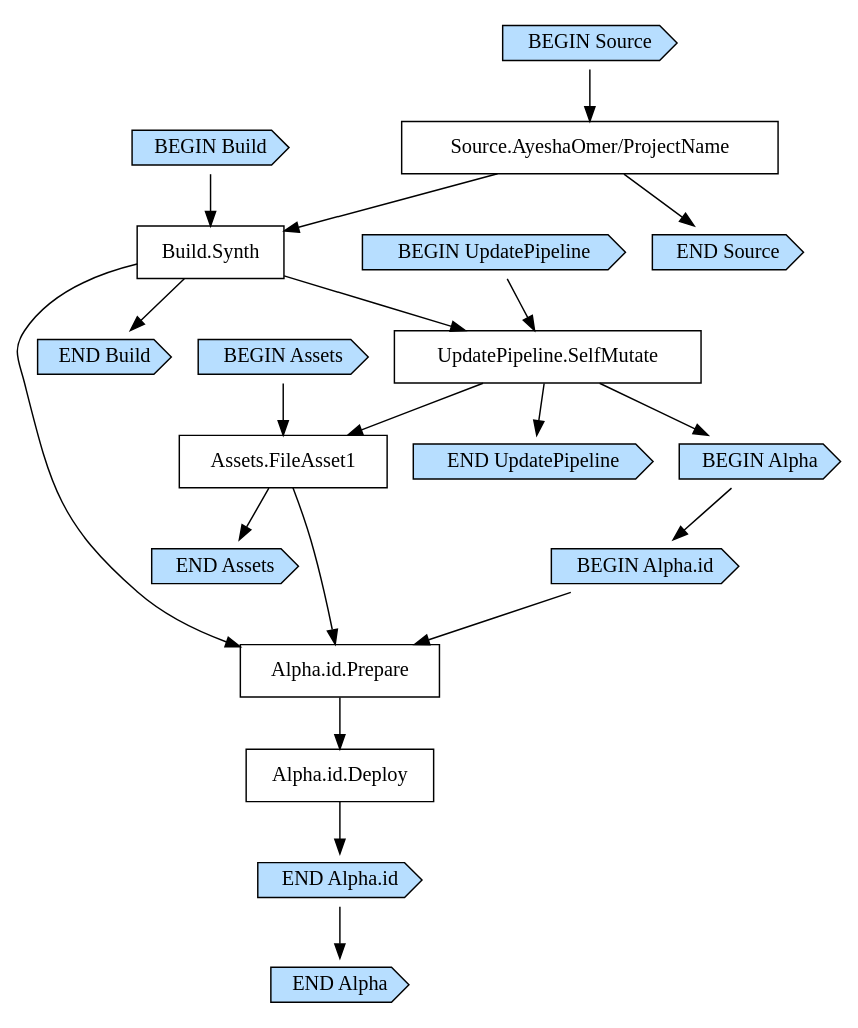
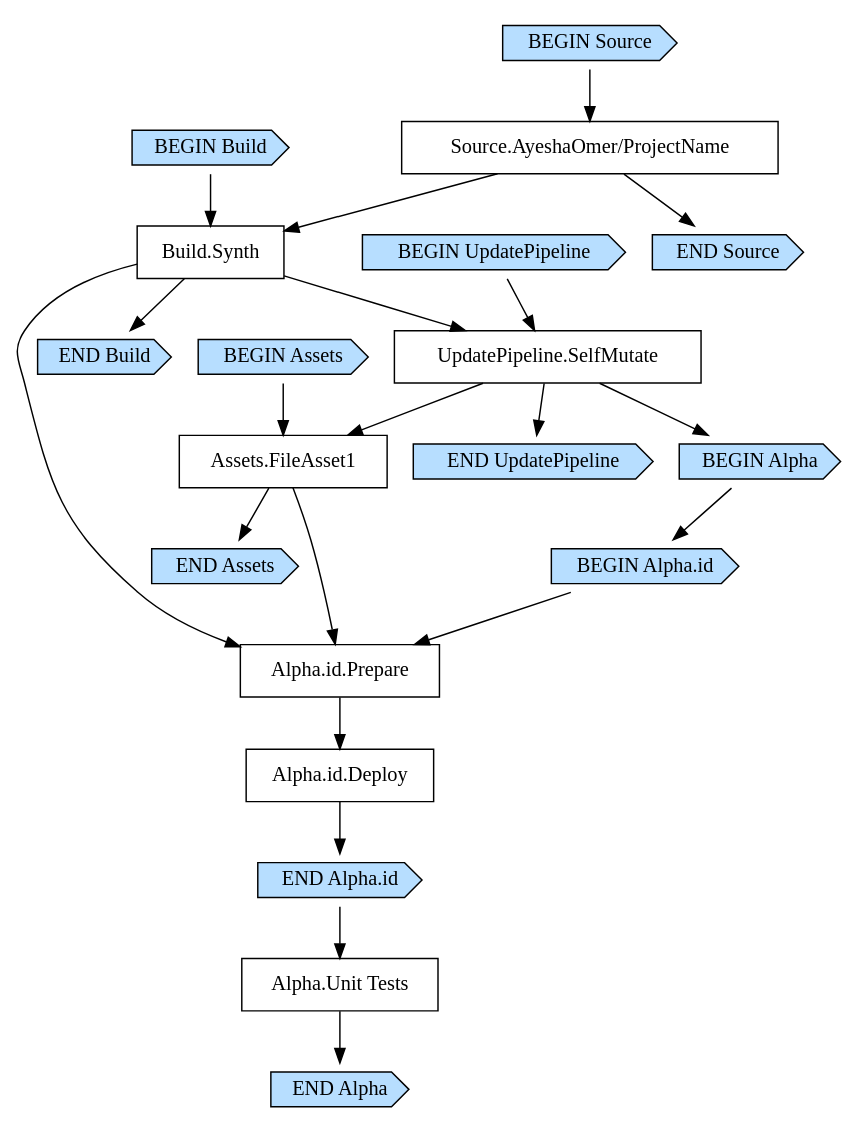
Before and after one commit to AyeshaOmer/ProjectName: the diagram in Ayesha/cdk.out/PipelineStackpipelineE8F65EF0.dot, drawn with Graphviz. The commit also changed 7 other files, not shown here.

Commit message:
finalizing unit tests

```diff
--- a/Ayesha/cdk.out/PipelineStackpipelineE8F65EF0.dot
+++ b/Ayesha/cdk.out/PipelineStackpipelineE8F65EF0.dot
@@ -1,44 +1,46 @@
 digraph G {
   # Arrows represent an "unlocks" relationship (opposite of dependency). So chosen
   # because the layout looks more natural that way.
   # To represent subgraph dependencies, subgraphs are represented by BEGIN/END nodes.
   # To render: `dot -Tsvg PipelineStackpipelineE8F65EF0.dot > graph.svg`, open in a browser.
   node [shape="box"];
 "BEGIN Build" [shape="cds", style="filled", fillcolor="#b7deff"];
 "END Build" [shape="cds", style="filled", fillcolor="#b7deff"];
 "Build.Synth";
 "Source.AyeshaOmer/ProjectName" -> "Build.Synth";
 "BEGIN Build" -> "Build.Synth";
 "Build.Synth" -> "END Build";
 "BEGIN UpdatePipeline" [shape="cds", style="filled", fillcolor="#b7deff"];
 "END UpdatePipeline" [shape="cds", style="filled", fillcolor="#b7deff"];
 "UpdatePipeline.SelfMutate";
 "Build.Synth" -> "UpdatePipeline.SelfMutate";
 "BEGIN UpdatePipeline" -> "UpdatePipeline.SelfMutate";
 "UpdatePipeline.SelfMutate" -> "END UpdatePipeline";
 "BEGIN Assets" [shape="cds", style="filled", fillcolor="#b7deff"];
 "END Assets" [shape="cds", style="filled", fillcolor="#b7deff"];
 "Assets.FileAsset1";
 "UpdatePipeline.SelfMutate" -> "Assets.FileAsset1";
 "BEGIN Assets" -> "Assets.FileAsset1";
 "Assets.FileAsset1" -> "END Assets";
 "BEGIN Alpha" [shape="cds", style="filled", fillcolor="#b7deff"];
 "END Alpha" [shape="cds", style="filled", fillcolor="#b7deff"];
 "UpdatePipeline.SelfMutate" -> "BEGIN Alpha";
 "BEGIN Alpha.id" [shape="cds", style="filled", fillcolor="#b7deff"];
 "END Alpha.id" [shape="cds", style="filled", fillcolor="#b7deff"];
 "Alpha.id.Deploy";
 "Alpha.id.Prepare" -> "Alpha.id.Deploy";
 "Alpha.id.Prepare";
 "Build.Synth" -> "Alpha.id.Prepare";
 "Assets.FileAsset1" -> "Alpha.id.Prepare";
 "BEGIN Alpha.id" -> "Alpha.id.Prepare";
 "Alpha.id.Deploy" -> "END Alpha.id";
+"Alpha.Unit Tests";
+"END Alpha.id" -> "Alpha.Unit Tests";
 "BEGIN Alpha" -> "BEGIN Alpha.id";
-"END Alpha.id" -> "END Alpha";
+"Alpha.Unit Tests" -> "END Alpha";
 "BEGIN Source" [shape="cds", style="filled", fillcolor="#b7deff"];
 "END Source" [shape="cds", style="filled", fillcolor="#b7deff"];
 "Source.AyeshaOmer/ProjectName";
 "BEGIN Source" -> "Source.AyeshaOmer/ProjectName";
 "Source.AyeshaOmer/ProjectName" -> "END Source";
 }
```
